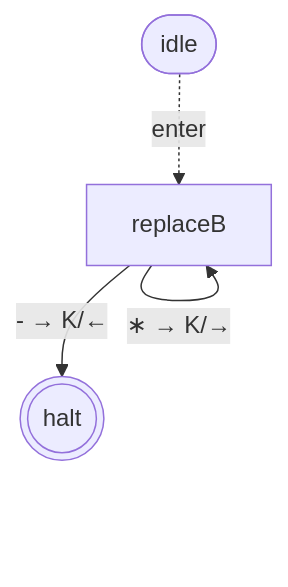
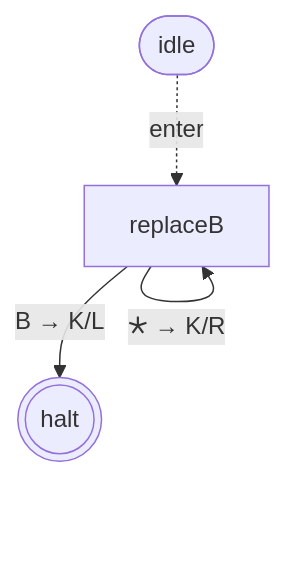
The first of 5 diagrams in packages/machine/README.md (mellonis/turing-machine-js), drawn with Mermaid before and after one commit. The commit also changed other lines of this file and 14 other files, not shown here.

First line of the commit message:
polish(emit + docs): readable vocabulary, removed hand-drawn diagrams, dogfooded `summarize`

````diff
--- a/packages/machine/README.md
+++ b/packages/machine/README.md
@@ -89,11 +75,11 @@
 ```mermaid
 flowchart TD
 %% alphabets: [[" ","a","b","c","*"]]
   s0(((halt)))
   s1["replaceB"]
   idle([idle])
   idle -. enter .-> s1
-  s1 -- "'b' → '*'/→" --> s1
-  s1 -- "- → K/←" --> s0
-  s1 -- "∗ → K/→" --> s1
+  s1 -- "'b' → '*'/R" --> s1
+  s1 -- "B → K/L" --> s0
+  s1 -- "🞰 → K/R" --> s1
 ```
````
